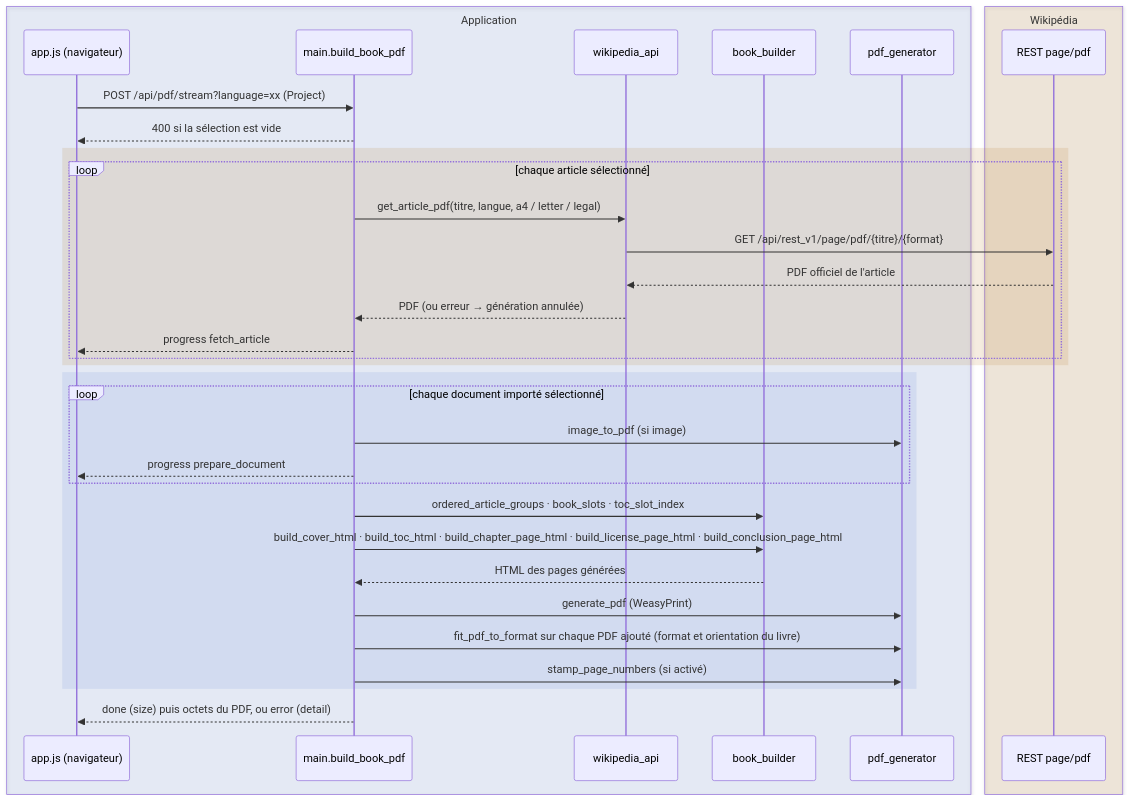
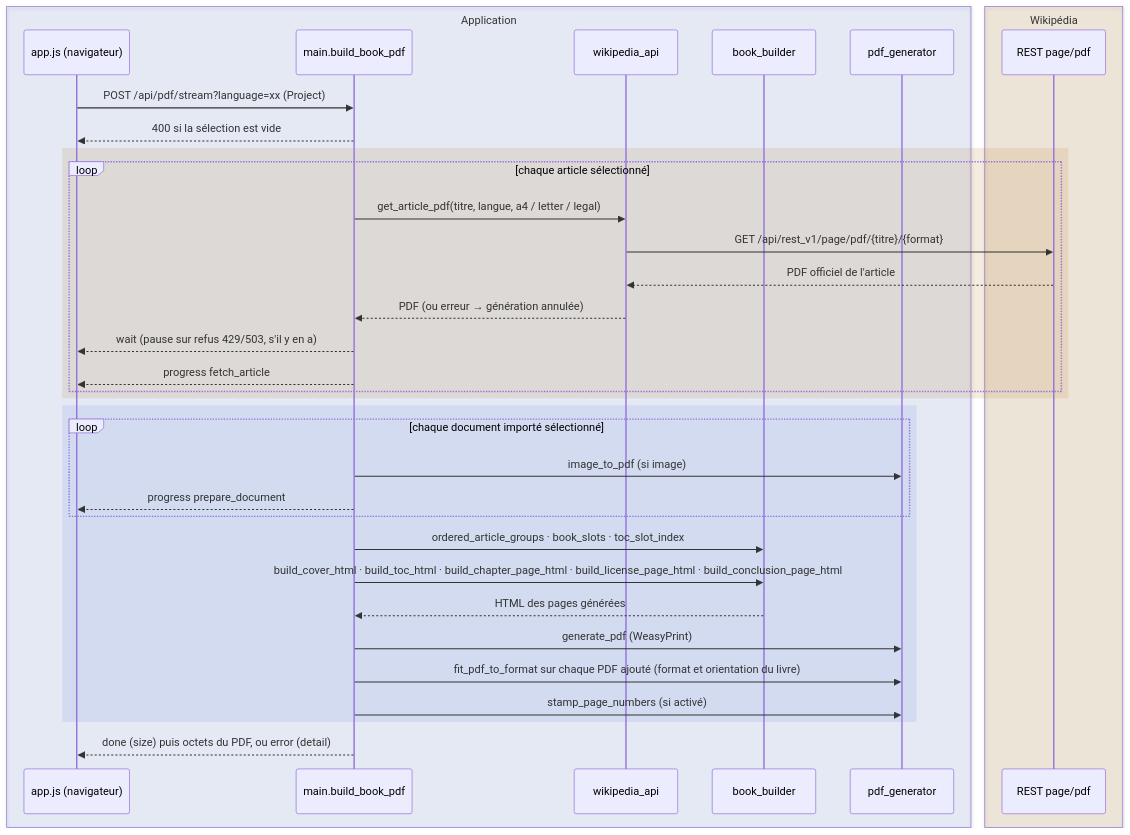
One commit to gmoulard/wikipedia2book changed the second of 2 diagrams in docs/SPECIFICATIONS.fr.md. Above: the diagram before and after it, drawn with Mermaid. The commit also changed other lines of this file and 14 other files, not shown here.

````diff
--- a/docs/SPECIFICATIONS.fr.md
+++ b/docs/SPECIFICATIONS.fr.md
@@ -942,38 +942,39 @@
 ```mermaid
 sequenceDiagram
     box rgba(51,102,204,0.10) Application
         participant U as app.js (navigateur)
         participant M as main.build_book_pdf
         participant W as wikipedia_api
         participant B as book_builder
         participant P as pdf_generator
     end
     box rgba(172,102,0,0.12) Wikipédia
         participant R as REST page/pdf
     end
 
     U->>M: POST /api/pdf/stream?language=xx (Project)
     M-->>U: 400 si la sélection est vide
     rect rgba(172,102,0,0.12)
         loop chaque article sélectionné
             M->>W: get_article_pdf(titre, langue, a4 / letter / legal)
             W->>R: GET /api/rest_v1/page/pdf/{titre}/{format}
             R-->>W: PDF officiel de l'article
             W-->>M: PDF (ou erreur → génération annulée)
+            M-->>U: wait (pause sur refus 429/503, s'il y en a)
             M-->>U: progress fetch_article
         end
     end
     rect rgba(51,102,204,0.10)
         loop chaque document importé sélectionné
             M->>P: image_to_pdf (si image)
             M-->>U: progress prepare_document
         end
         M->>B: ordered_article_groups · book_slots · toc_slot_index
         M->>B: build_cover_html · build_toc_html · build_chapter_page_html · build_license_page_html · build_conclusion_page_html
         B-->>M: HTML des pages générées
         M->>P: generate_pdf (WeasyPrint)
         M->>P: fit_pdf_to_format sur chaque PDF ajouté (format et orientation du livre)
         M->>P: stamp_page_numbers (si activé)
     end
     M-->>U: done (size) puis octets du PDF, ou error (detail)
 ```
````
